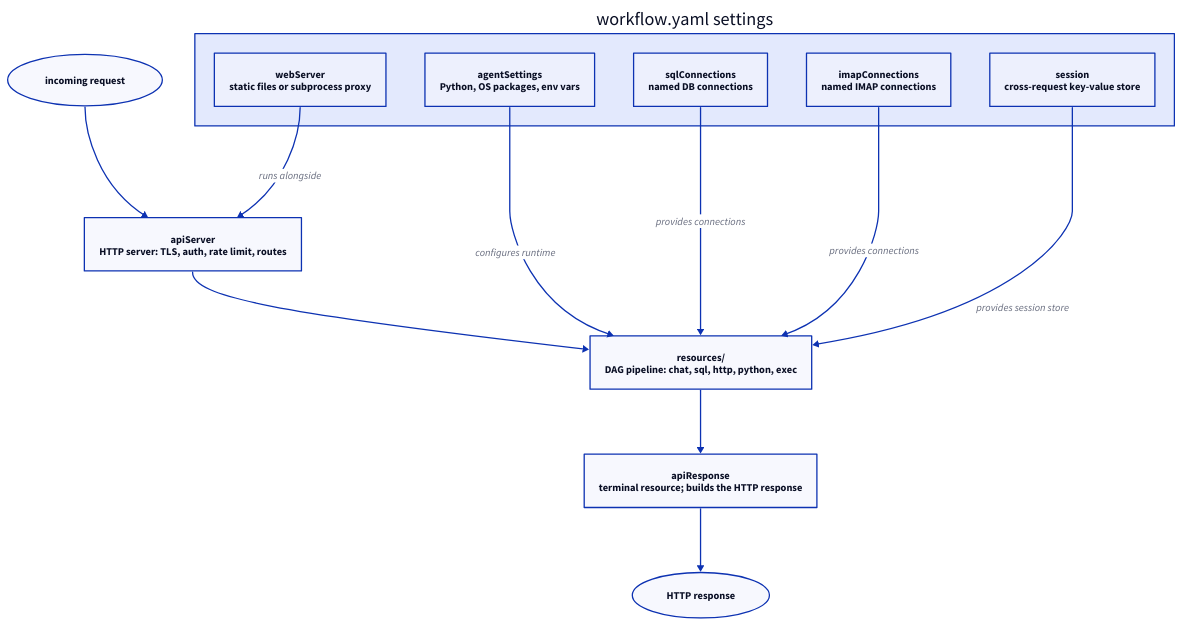
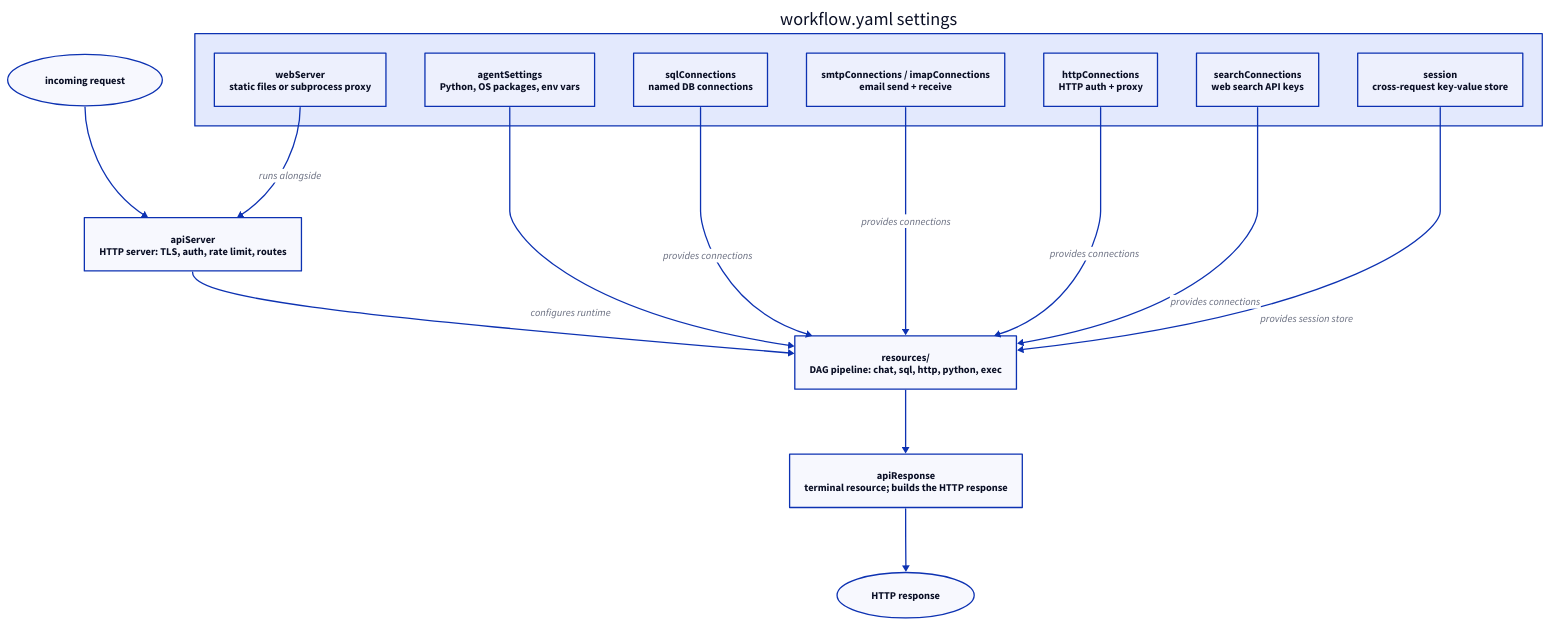
Before and after one commit to kdeps/kdeps: the diagram in docs/v2/configuration/workflow.md, drawn with D2. The commit also changed other lines of this file and 19 other files, not shown here.

````diff
--- a/docs/v2/configuration/workflow.md
+++ b/docs/v2/configuration/workflow.md
@@ -7,25 +7,29 @@
 ```d2
 direction: down
 
 A: incoming request {shape: oval}
 B: "apiServer\nHTTP server: TLS, auth, rate limit, routes"
 C: "resources/\nDAG pipeline: chat, sql, http, python, exec"
 D: "apiResponse\nterminal resource; builds the HTTP response"
 E: HTTP response {shape: oval}
 
 A -> B -> C -> D -> E
 
 settings: workflow.yaml settings {
   B2: "webServer\nstatic files or subprocess proxy"
   B3: "agentSettings\nPython, OS packages, env vars"
   B4: "sqlConnections\nnamed DB connections"
-  B6: "imapConnections\nnamed IMAP connections"
+  B6: "smtpConnections / imapConnections\nemail send + receive"
+  B7: "httpConnections\nHTTP auth + proxy"
+  B8: "searchConnections\nweb search API keys"
   B5: "session\ncross-request key-value store"
 }
 
 settings.B3 -> C: configures runtime
 settings.B4 -> C: provides connections
 settings.B6 -> C: provides connections
+settings.B7 -> C: provides connections
+settings.B8 -> C: provides connections
 settings.B5 -> C: provides session store
 settings.B2 -> B: runs alongside
 ```
````
